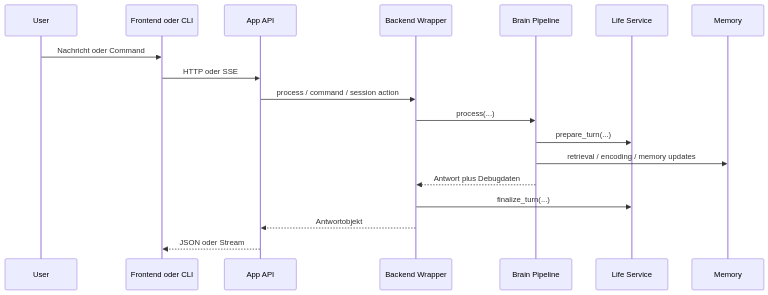
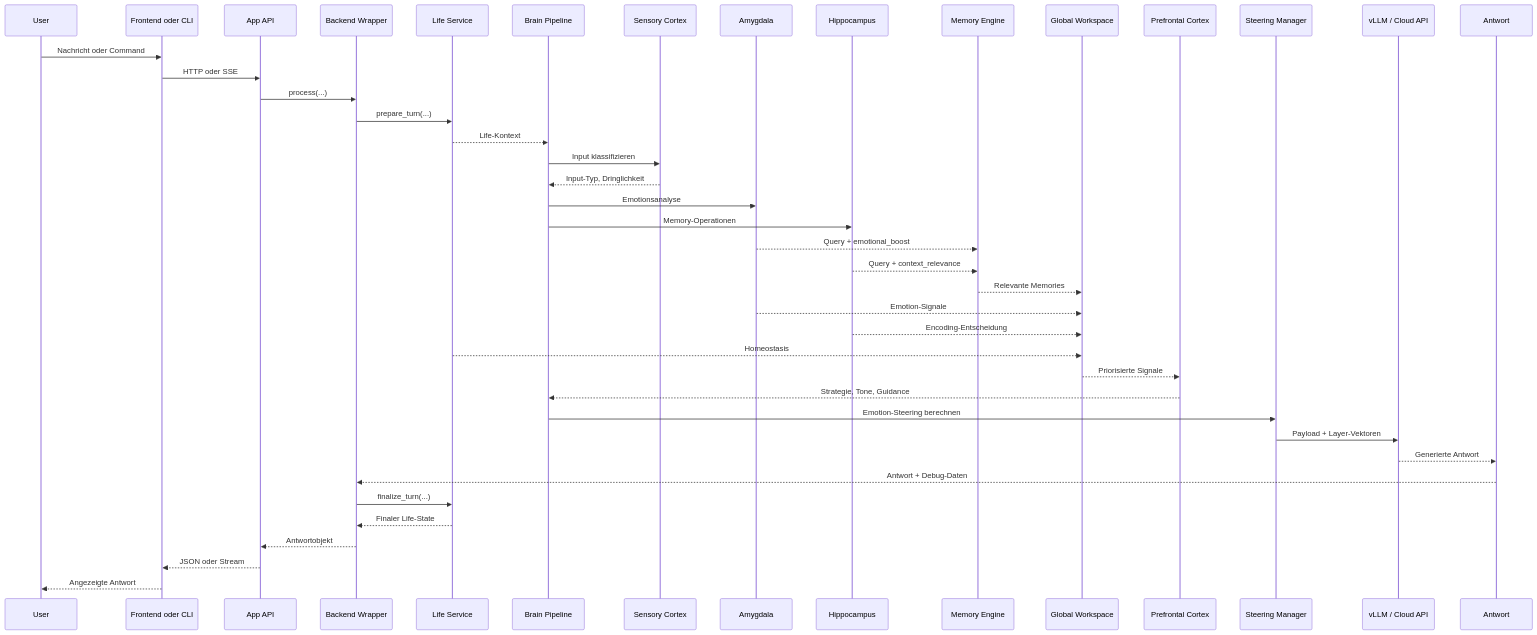
The first of 3 diagrams in docs/workflows.md (017pixel/CHAPPiE), drawn with Mermaid before and after one commit. The commit also changed other lines of this file and 5 other files, not shown here.

Commit message:
docs: README-Diagramme erweitert, Docs auf aktuellen Stand gebracht, LLM-Optimierungsplan angelegt

````diff
--- a/docs/workflows.md
+++ b/docs/workflows.md
@@ -5,21 +5,45 @@
 ```mermaid
 sequenceDiagram
     participant U as User
     participant FE as Frontend oder CLI
     participant API as App API
     participant BW as Backend Wrapper
+    participant L as Life Service
     participant BP as Brain Pipeline
-    participant L as Life Service
-    participant M as Memory
+    participant S as Sensory Cortex
+    participant A as Amygdala
+    participant H as Hippocampus
+    participant M as Memory Engine
+    participant GW as Global Workspace
+    participant P as Prefrontal Cortex
+    participant ST as Steering Manager
+    participant VLLM as vLLM / Cloud API
+    participant OUT as Antwort
 
     U->>FE: Nachricht oder Command
     FE->>API: HTTP oder SSE
-    API->>BW: process / command / session action
-    BW->>BP: process(...)
-    BP->>L: prepare_turn(...)
-    BP->>M: retrieval / encoding / memory updates
-    BP-->>BW: Antwort plus Debugdaten
+    API->>BW: process(...)
+    BW->>L: prepare_turn(...)
+    L-->>BP: Life-Kontext
+    BP->>S: Input klassifizieren
+    S-->>BP: Input-Typ, Dringlichkeit
+    BP->>A: Emotionsanalyse
+    BP->>H: Memory-Operationen
+    A-->>M: Query + emotional_boost
+    H-->>M: Query + context_relevance
+    M-->>GW: Relevante Memories
+    A-->>GW: Emotion-Signale
+    H-->>GW: Encoding-Entscheidung
+    L-->>GW: Homeostasis
+    GW-->>P: Priorisierte Signale
+    P-->>BP: Strategie, Tone, Guidance
+    BP->>ST: Emotion-Steering berechnen
+    ST->>VLLM: Payload + Layer-Vektoren
+    VLLM-->>OUT: Generierte Antwort
+    OUT-->>BW: Antwort + Debug-Daten
     BW->>L: finalize_turn(...)
+    L-->>BW: Finaler Life-State
     BW-->>API: Antwortobjekt
     API-->>FE: JSON oder Stream
+    FE-->>U: Angezeigte Antwort
 ```
````
